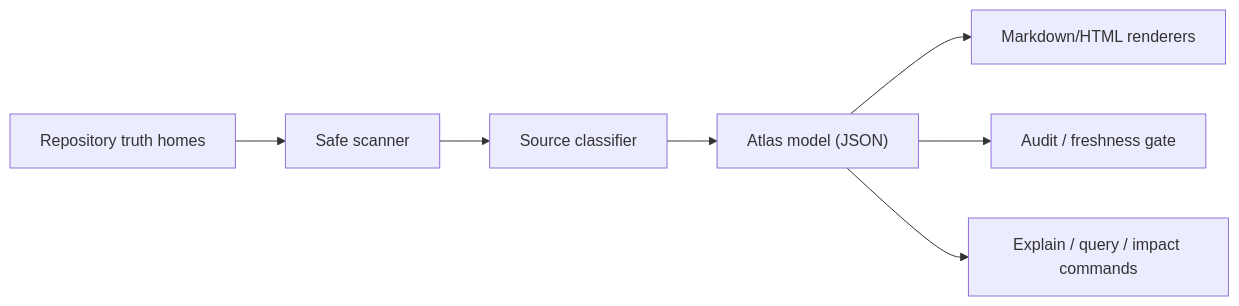
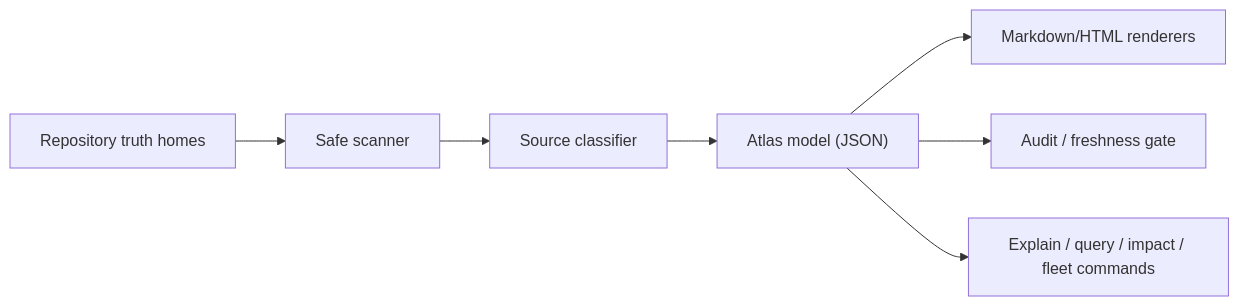
The diagram in docs/specs/operating-model.md (SylphxAI/groundatlas), drawn with Mermaid before and after one commit. The commit also changed other lines of this file and 22 other files, not shown here.

````diff
--- a/docs/specs/operating-model.md
+++ b/docs/specs/operating-model.md
@@ -5,9 +5,9 @@
 ```mermaid
 flowchart LR
   A["Repository truth homes"] --> B["Safe scanner"]
   B --> C["Source classifier"]
   C --> D["Atlas model (JSON)"]
   D --> E["Markdown/HTML renderers"]
   D --> F["Audit / freshness gate"]
-  D --> G["Explain / query / impact commands"]
+  D --> G["Explain / query / impact / fleet commands"]
 ```
````
